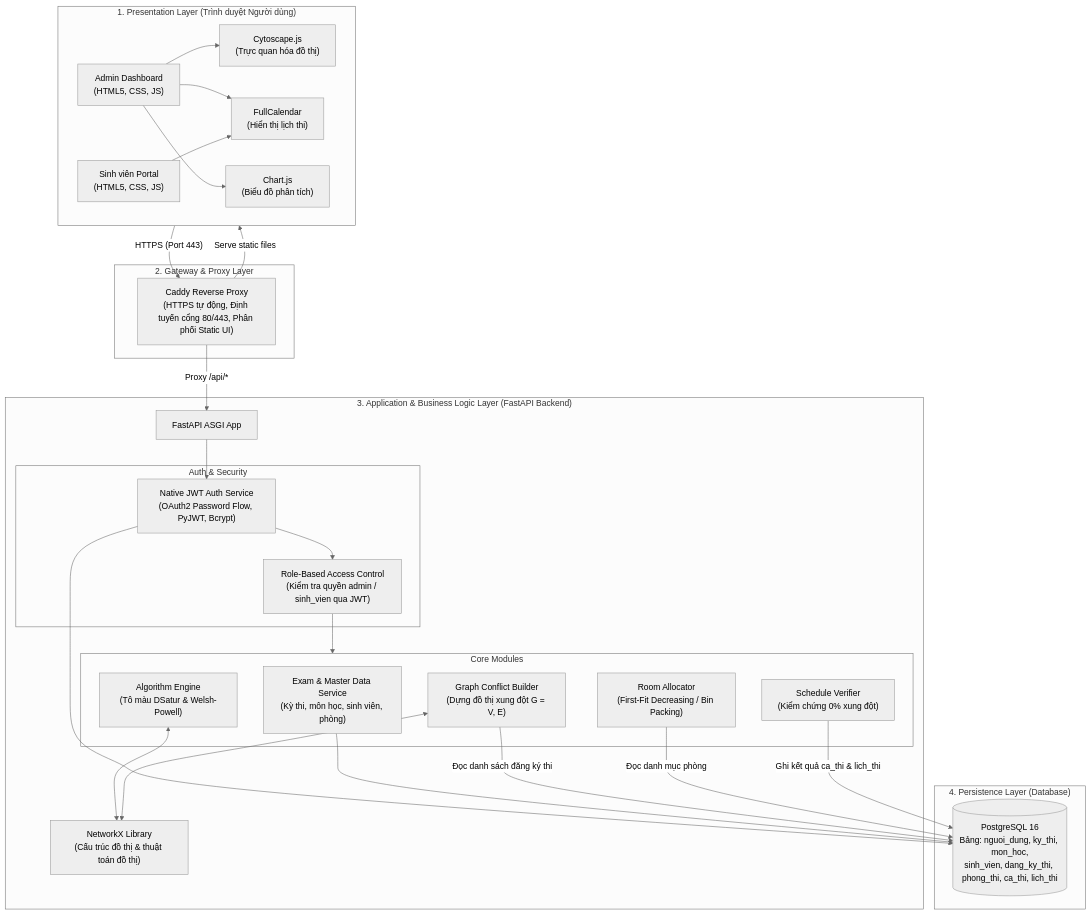
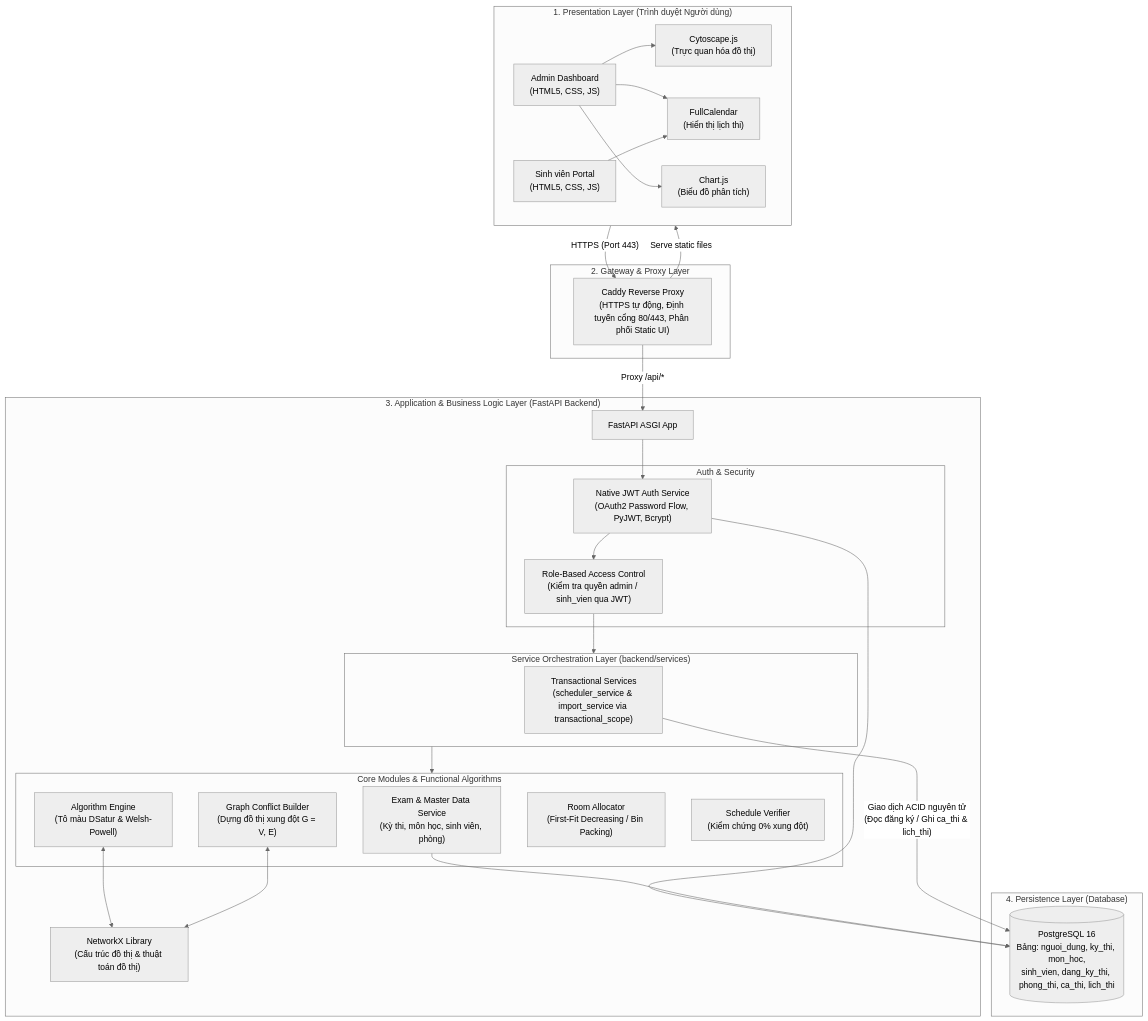
The first of 4 diagrams in docs/03. Architecture and algorithms.md (phattvh/GraphTheory_HTTPS), drawn with Mermaid (neutral theme) before and after one commit. The commit also changed other lines of this file and 4 other files, not shown here.

Commit message:
docs(arch): document services layer, fail-fast secrets, route guard, SRI, and db-reset

````diff
--- a/docs/03. Architecture and algorithms.md
+++ b/docs/03. Architecture and algorithms.md
@@ -11,60 +11,63 @@
 ```mermaid
 flowchart TD
     subgraph CLIENT["1. Presentation Layer (Trình duyệt Người dùng)"]
         UI_Admin["Admin Dashboard<br/>(HTML5, CSS, JS)"]
         UI_SV["Sinh viên Portal<br/>(HTML5, CSS, JS)"]
         Cyto["Cytoscape.js<br/>(Trực quan hóa đồ thị)"]
         Calendar["FullCalendar<br/>(Hiển thị lịch thi)"]
         Charts["Chart.js<br/>(Biểu đồ phân tích)"]
 
         UI_Admin --> Cyto
         UI_Admin --> Calendar
         UI_Admin --> Charts
         UI_SV --> Calendar
     end
 
     subgraph GATEWAY["2. Gateway & Proxy Layer"]
         Caddy["Caddy Reverse Proxy<br/>(HTTPS tự động, Định tuyến cổng 80/443, Phân phối Static UI)"]
     end
 
     subgraph APP["3. Application & Business Logic Layer (FastAPI Backend)"]
         API_Gateway["FastAPI ASGI App"]
 
         subgraph AUTH["Auth & Security"]
             Auth_Service["Native JWT Auth Service<br/>(OAuth2 Password Flow, PyJWT, Bcrypt)"]
             Role_Guard["Role-Based Access Control<br/>(Kiểm tra quyền admin / sinh_vien qua JWT)"]
         end
 
-        subgraph MODULES["Core Modules"]
+        subgraph SERVICES["Service Orchestration Layer (backend/services)"]
+            Orchestrator["Transactional Services<br/>(scheduler_service & import_service via transactional_scope)"]
+        end
+
+        subgraph MODULES["Core Modules & Functional Algorithms"]
             Exam_Service["Exam & Master Data Service<br/>(Kỳ thi, môn học, sinh viên, phòng)"]
             Graph_Builder["Graph Conflict Builder<br/>(Dựng đồ thị xung đột G = V, E)"]
             Scheduler["Algorithm Engine<br/>(Tô màu DSatur & Welsh-Powell)"]
             Room_Allocator["Room Allocator<br/>(First-Fit Decreasing / Bin Packing)"]
             Verifier["Schedule Verifier<br/>(Kiểm chứng 0% xung đột)"]
         end
 
         NetworkX["NetworkX Library<br/>(Cấu trúc đồ thị & thuật toán đồ thị)"]
     end
 
     subgraph PERSISTENCE["4. Persistence Layer (Database)"]
         Postgres[("PostgreSQL 16<br/>Bảng: nguoi_dung, ky_thi, mon_hoc,<br/>sinh_vien, dang_ky_thi, phong_thi, ca_thi, lich_thi")]
     end
 
     %% Luồng kết nối
     CLIENT -->|"HTTPS (Port 443)"| Caddy
     Caddy -->|"Proxy /api/*"| API_Gateway
     Caddy -->|"Serve static files"| CLIENT
 
     API_Gateway --> Auth_Service
     Auth_Service --> Role_Guard
-    Role_Guard --> MODULES
+    Role_Guard --> SERVICES
+    SERVICES --> MODULES
 
     Scheduler <--> NetworkX
     Graph_Builder <--> NetworkX
 
     Auth_Service --> Postgres
     Exam_Service --> Postgres
-    Graph_Builder -->|"Đọc danh sách đăng ký thi"| Postgres
-    Room_Allocator -->|"Đọc danh mục phòng"| Postgres
-    Verifier -->|"Ghi kết quả ca_thi & lich_thi"| Postgres
+    Orchestrator -->|"Giao dịch ACID nguyên tử<br/>(Đọc đăng ký / Ghi ca_thi & lich_thi)"| Postgres
 ```
````
